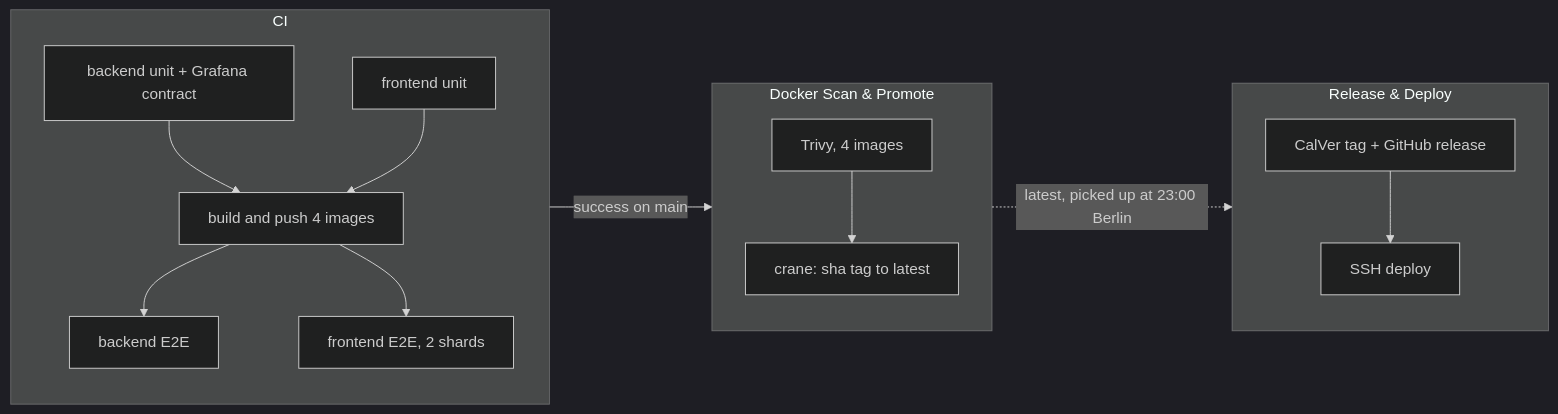
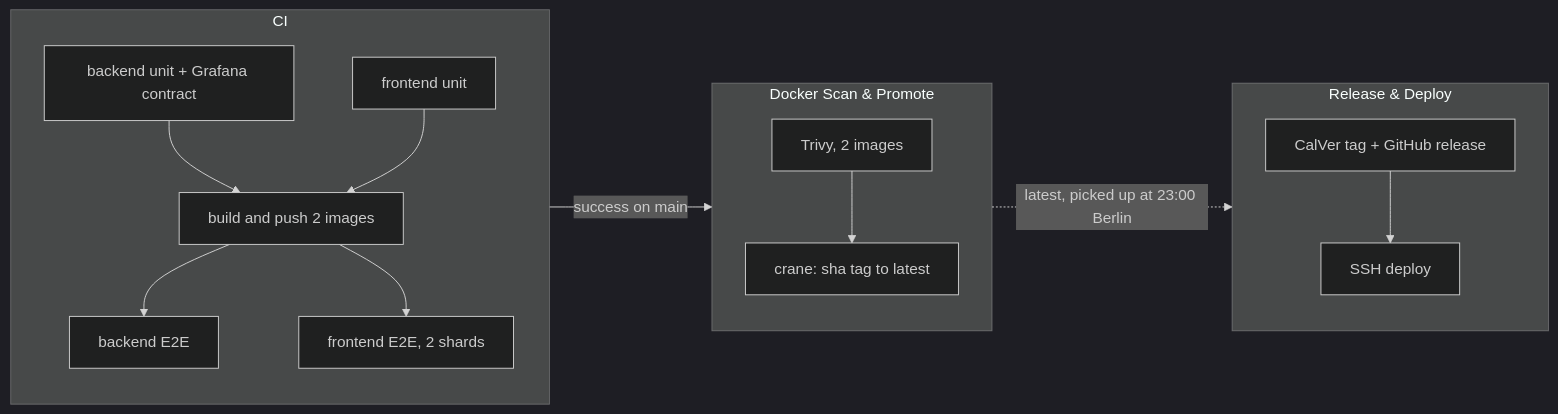
Before and after one commit to HardMax71/Integr8sCode: the diagram in docs/operations/cicd.md, drawn with Mermaid (dark theme). The commit also changed other lines of this file and 47 other files, not shown here.

````diff
--- a/docs/operations/cicd.md
+++ b/docs/operations/cicd.md
@@ -5,17 +5,17 @@
 ```mermaid
 graph LR
     subgraph ST["CI"]
-        UB["backend unit + Grafana contract"] --> Build["build and push 4 images"]
+        UB["backend unit + Grafana contract"] --> Build["build and push 2 images"]
         UF["frontend unit"] --> Build
         Build --> EB["backend E2E"]
         Build --> EF["frontend E2E, 2 shards"]
     end
     subgraph DSP["Docker Scan & Promote"]
-        Scan["Trivy, 4 images"] --> Promote["crane: sha tag to latest"]
+        Scan["Trivy, 2 images"] --> Promote["crane: sha tag to latest"]
     end
     subgraph RD["Release & Deploy"]
         Release["CalVer tag + GitHub release"] --> Deploy["SSH deploy"]
     end
     ST -->|"success on main"| DSP
     DSP -.->|"latest, picked up at 23:00 Berlin"| RD
 ```
````
